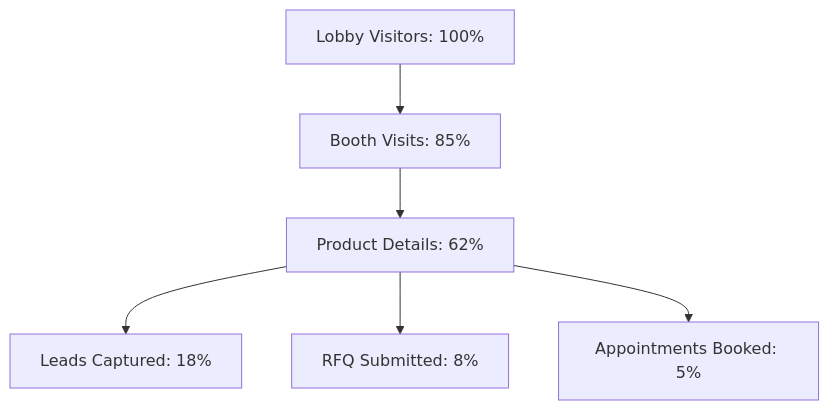
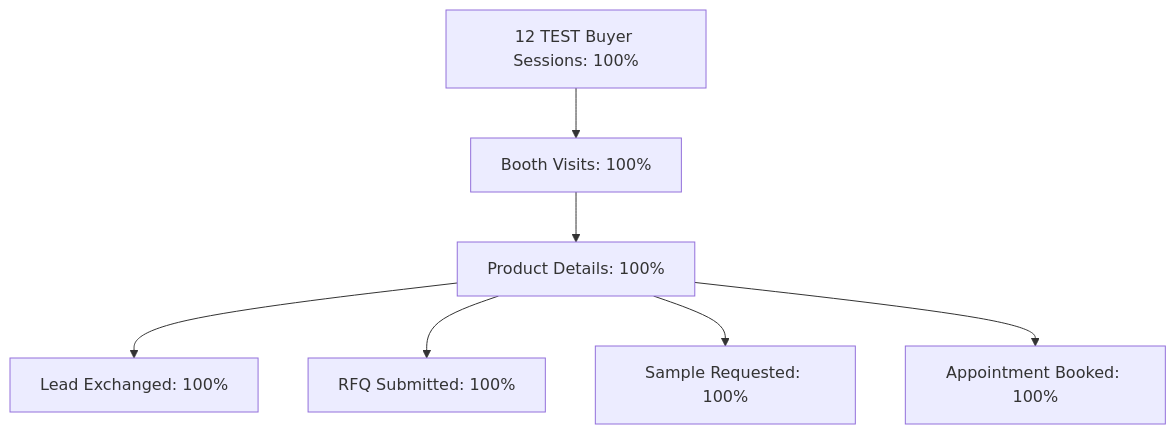
The diagram in virtual-tradeshow-commercial-v1/production_artifacts/PHASE_9_BETA_SCORECARD.md (goodkie/v-show), drawn with Mermaid before and after one commit. The commit also changed other lines of this file and 1 other file, not shown here.

Commit message:
test(phase9): complete three-exhibitor internal commercial beta rehearsal

````diff
--- a/virtual-tradeshow-commercial-v1/production_artifacts/PHASE_9_BETA_SCORECARD.md
+++ b/virtual-tradeshow-commercial-v1/production_artifacts/PHASE_9_BETA_SCORECARD.md
@@ -52,8 +48,9 @@
 ```mermaid
 graph TD
-    L[Lobby Visitors: 100%] --> B[Booth Visits: 85%]
-    B --> P[Product Details: 62%]
-    P --> LD[Leads Captured: 18%]
-    P --> RFQ[RFQ Submitted: 8%]
-    P --> APT[Appointments Booked: 5%]
+    L[12 TEST Buyer Sessions: 100%] --> B[Booth Visits: 100%]
+    B --> P[Product Details: 100%]
+    P --> LD[Lead Exchanged: 100%]
+    P --> RFQ[RFQ Submitted: 100%]
+    P --> SMP[Sample Requested: 100%]
+    P --> APT[Appointment Booked: 100%]
 ```
````
